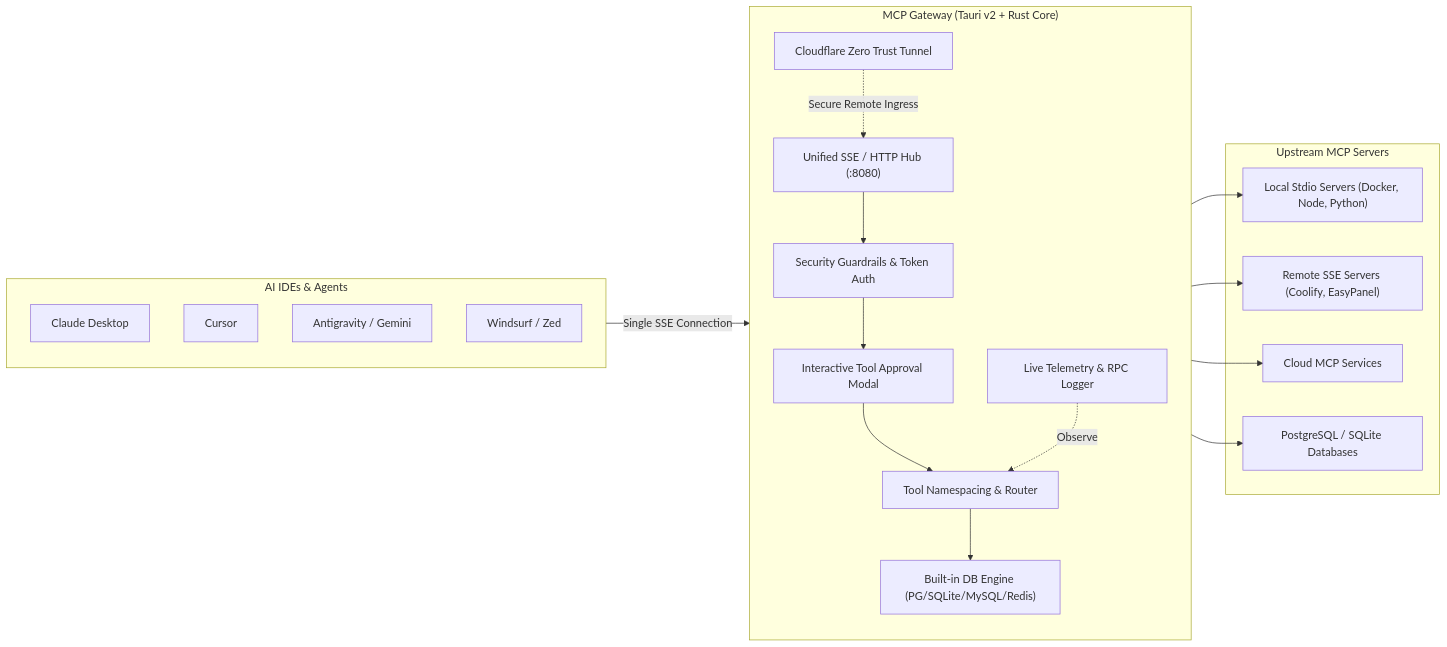
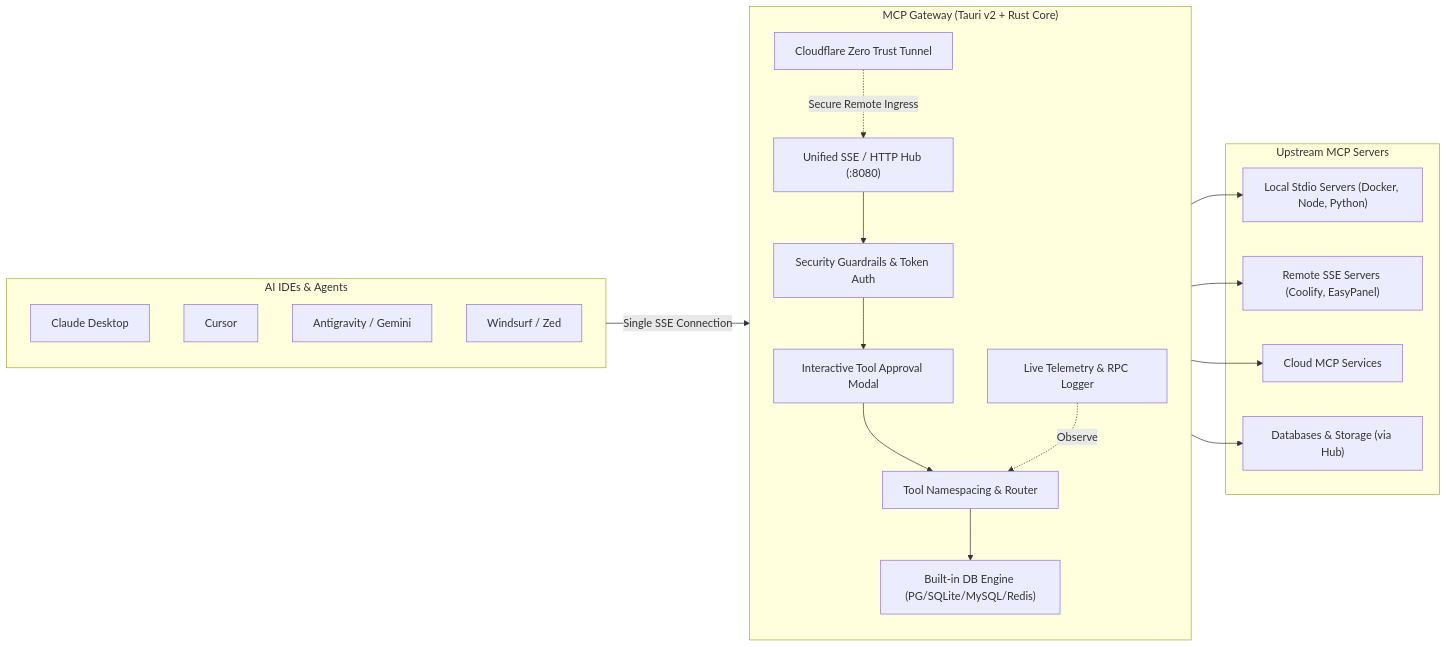
The diagram in README.md (neondeveloperz/mcp-gateway), drawn with Mermaid before and after one commit. The commit also changed other lines of this file and 14 other files, not shown here.

````diff
--- a/README.md
+++ b/README.md
@@ -38,39 +38,39 @@
 ```mermaid
 flowchart LR
     subgraph AI_Clients["AI IDEs & Agents"]
         C1["Claude Desktop"]
         C2["Cursor"]
         C3["Antigravity / Gemini"]
         C4["Windsurf / Zed"]
     end
 
     subgraph Gateway["MCP Gateway (Tauri v2 + Rust Core)"]
         direction TB
         Proxy["Unified SSE / HTTP Hub (:8080)"]
         SecGuard["Security Guardrails & Token Auth"]
         ApprModal["Interactive Tool Approval Modal"]
         Router["Tool Namespacing & Router"]
         DBEng["Built-in DB Engine (PG/SQLite/MySQL/Redis)"]
         TelMon["Live Telemetry & RPC Logger"]
         Tunnel["Cloudflare Zero Trust Tunnel"]
     end
 
     subgraph Upstream["Upstream MCP Servers"]
         S1["Local Stdio Servers (Docker, Node, Python)"]
         S2["Remote SSE Servers (Coolify, EasyPanel)"]
         S3["Cloud MCP Services"]
-        S4["PostgreSQL / SQLite Databases"]
+        S4["Databases & Storage (via Hub)"]
     end
 
     AI_Clients -->|Single SSE Connection| Proxy
     Proxy --> SecGuard
     SecGuard --> ApprModal
     ApprModal --> Router
     Router --> S1
     Router --> S2
     Router --> S3
     Router --> DBEng
     DBEng --> S4
     Tunnel -.->|Secure Remote Ingress| Proxy
     TelMon -.->|Observe| Router
 ```
````
